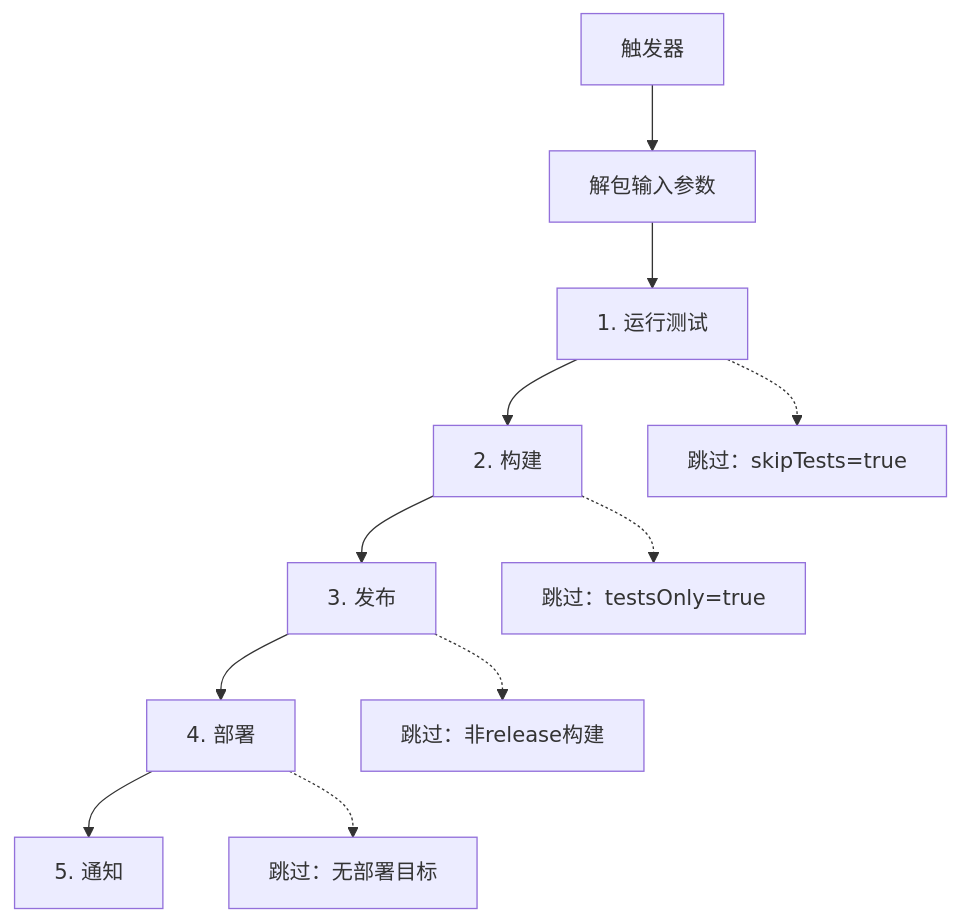
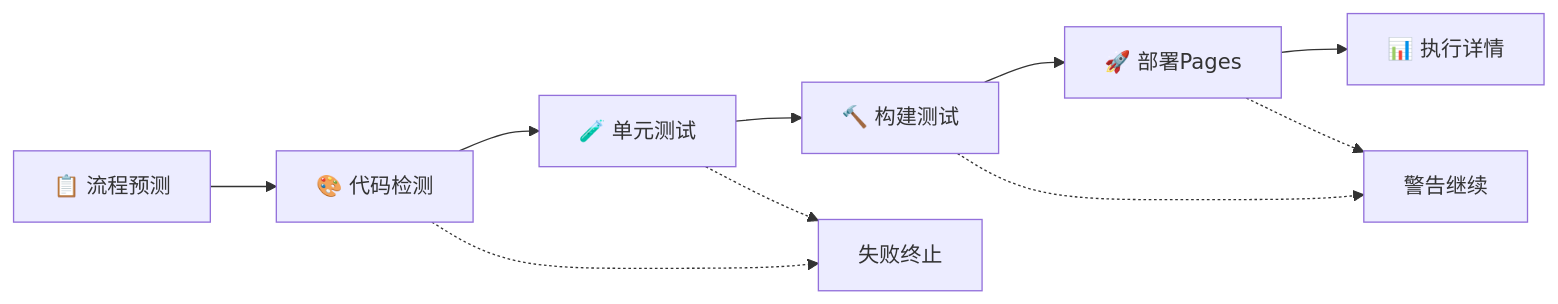
Before and after one commit to Vanishing-Games/Unity-Template: the diagram in .github/workflows/README.md, drawn with Mermaid. The commit also changed other lines of this file and 437 other files, not shown here.

````diff
--- a/.github/workflows/README.md
+++ b/.github/workflows/README.md
@@ -176,14 +38,13 @@
 ```mermaid
-graph TD
-    A[触发器] --> B[解包输入参数]
-    B --> C[1. 运行测试]
-    C --> D[2. 构建]
-    D --> E[3. 发布]
-    E --> F[4. 部署]
-    F --> G[5. 通知]
+flowchart LR
+    A[📋 流程预测] --> B[🎨 代码检测]
+    B --> C[🧪 单元测试]
+    C --> D[🔨 构建测试]
+    D --> E[🚀 部署Pages]
+    E --> F[📊 执行详情]
     
-    C -.-> H[跳过：skipTests=true]
-    D -.-> I[跳过：testsOnly=true]
-    E -.-> J[跳过：非release构建]
-    F -.-> K[跳过：无部署目标]
+    B -.-> G[失败终止]
+    C -.-> G
+    D -.-> H[警告继续]
+    E -.-> H
 ```
````
